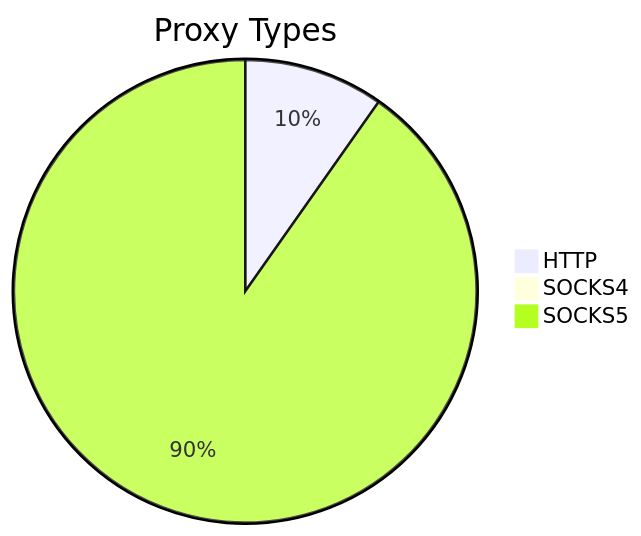
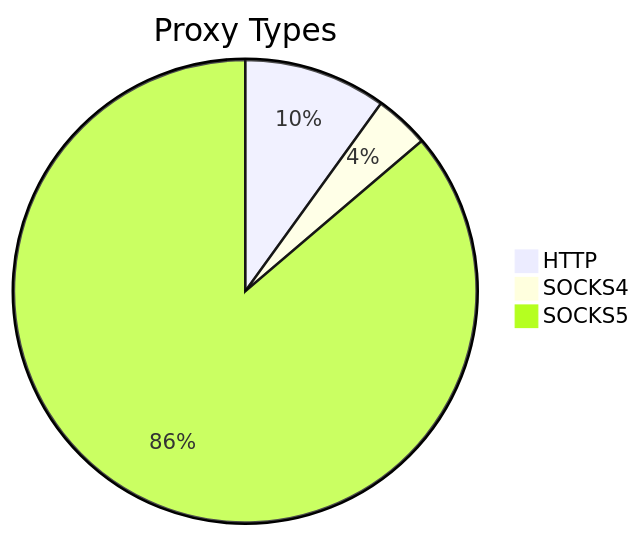
Before and after one commit to stormsia/proxy-list: the first of 2 diagrams in README.md, drawn with Mermaid. The commit also changed other lines of this file, not shown here.

````diff
--- a/README.md
+++ b/README.md
@@ -21,6 +21,6 @@
 ```mermaid
 pie title Proxy Types
-    "HTTP" : 191
-    "SOCKS4" : 14
-    "SOCKS5" : 1765
+    "HTTP" : 246
+    "SOCKS4" : 94
+    "SOCKS5" : 2129
 ```
````
